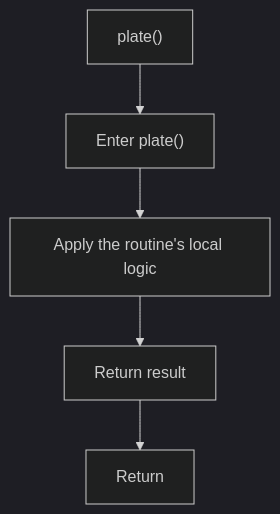
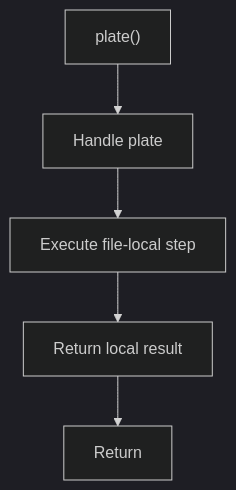
One commit to JohnAndrewBalbarosa/NeoTerritory changed the sixth of 7 diagrams in docs/Codebase/LegacyPatternTransformSamples/legacy_pattern_domain_models_sample.cpp.md. Above: the diagram before and after it, drawn with Mermaid (dark theme). The commit also changed other lines of this file and 925 other files, not shown here.

````diff
--- a/docs/Codebase/LegacyPatternTransformSamples/legacy_pattern_domain_models_sample.cpp.md
+++ b/docs/Codebase/LegacyPatternTransformSamples/legacy_pattern_domain_models_sample.cpp.md
@@ -160,12 +159,12 @@
 ```mermaid
 flowchart TD
     Start["plate()"]
-    N0["Enter plate()"]
-    N1["Apply the routine's local logic"]
-    N2["Return result"]
+    N0["Handle plate"]
+    N1["Execute file-local step"]
+    N2["Return local result"]
     End["Return"]
     Start --> N0
     N0 --> N1
     N1 --> N2
     N2 --> End
 ```
````
